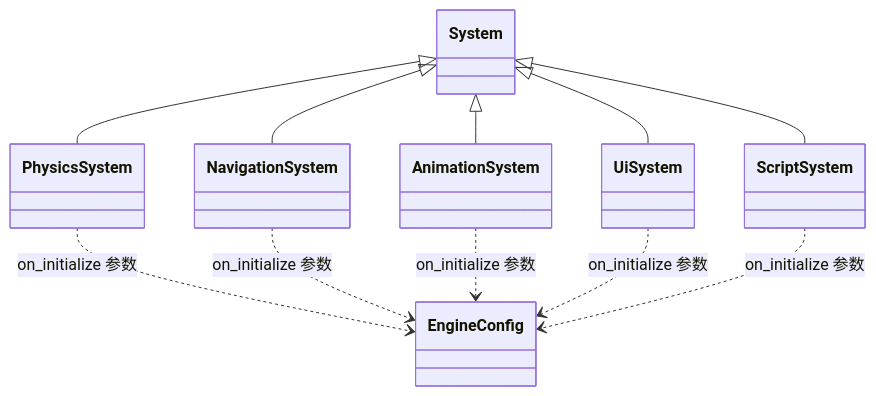
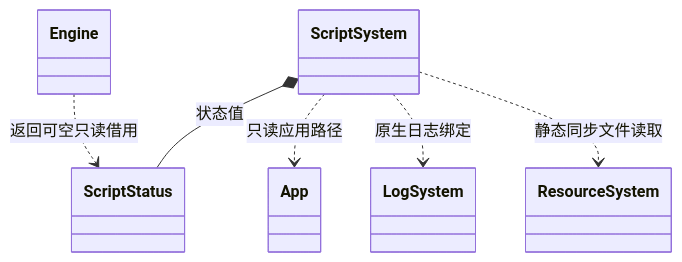
Before and after one commit to lcals/Engine: the seventh of 14 diagrams in docs/class-diagrams/references.md, drawn with Mermaid. The commit also changed other lines of this file and 53 other files, not shown here.

````diff
--- a/docs/class-diagrams/references.md
+++ b/docs/class-diagrams/references.md
@@ -105,21 +169,15 @@
 ```mermaid
 classDiagram
     direction TB
-    class System
-    class EngineConfig
-    class PhysicsSystem
-    class NavigationSystem
-    class AnimationSystem
-    class UiSystem
     class ScriptSystem
-    System <|-- PhysicsSystem
-    System <|-- NavigationSystem
-    System <|-- AnimationSystem
-    System <|-- UiSystem
-    System <|-- ScriptSystem
-    PhysicsSystem ..> EngineConfig : on_initialize 参数
-    NavigationSystem ..> EngineConfig : on_initialize 参数
-    AnimationSystem ..> EngineConfig : on_initialize 参数
-    UiSystem ..> EngineConfig : on_initialize 参数
-    ScriptSystem ..> EngineConfig : on_initialize 参数
+    class ScriptStatus
+    class App
+    class LogSystem
+    class ResourceSystem
+    class Engine
+    ScriptSystem *-- ScriptStatus : 状态值
+    ScriptSystem ..> App : 只读应用路径
+    ScriptSystem ..> LogSystem : 原生日志绑定
+    ScriptSystem ..> ResourceSystem : 静态同步文件读取
+    Engine ..> ScriptStatus : 返回可空只读借用
 ```
````
